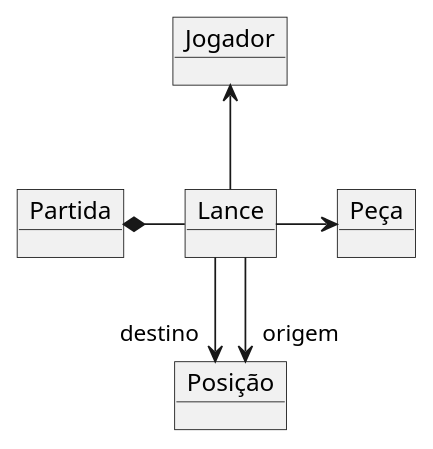
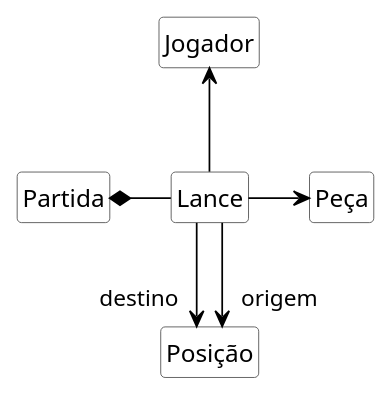
Before and after one commit to kyriosdata/oo: the diagram in imagens/modelos-06/mod06ima02/mod06ima02.plantuml, drawn with PlantUML. The commit also changed 2 other files, not shown here.

```diff
--- a/imagens/modelos-06/mod06ima02/mod06ima02.plantuml
+++ b/imagens/modelos-06/mod06ima02/mod06ima02.plantuml
@@ -1,16 +1,25 @@
 @startuml mod06ima02
+hide circle
+hide methods
+hide empty members
+
+skinparam class {
+    BackgroundColor White
+    ArrowColor Black
+    BorderColor #505050
+}
 skinparam LineType ortho
 
-object "Jogador" as jo
-object "Partida" as pa
-object "Lance" as la
-object "Peça" as pe
-object "Posição" as po
+class "Jogador" as jo
+class "Partida" as pa
+class "Lance" as la
+class "Peça" as pe
+class "Posição" as po
 
 jo <-down- la
 pa *-right- la
 la -right-> pe
 
 la --> "destino" po 
 la -down->"origem" po
 @enduml
```
